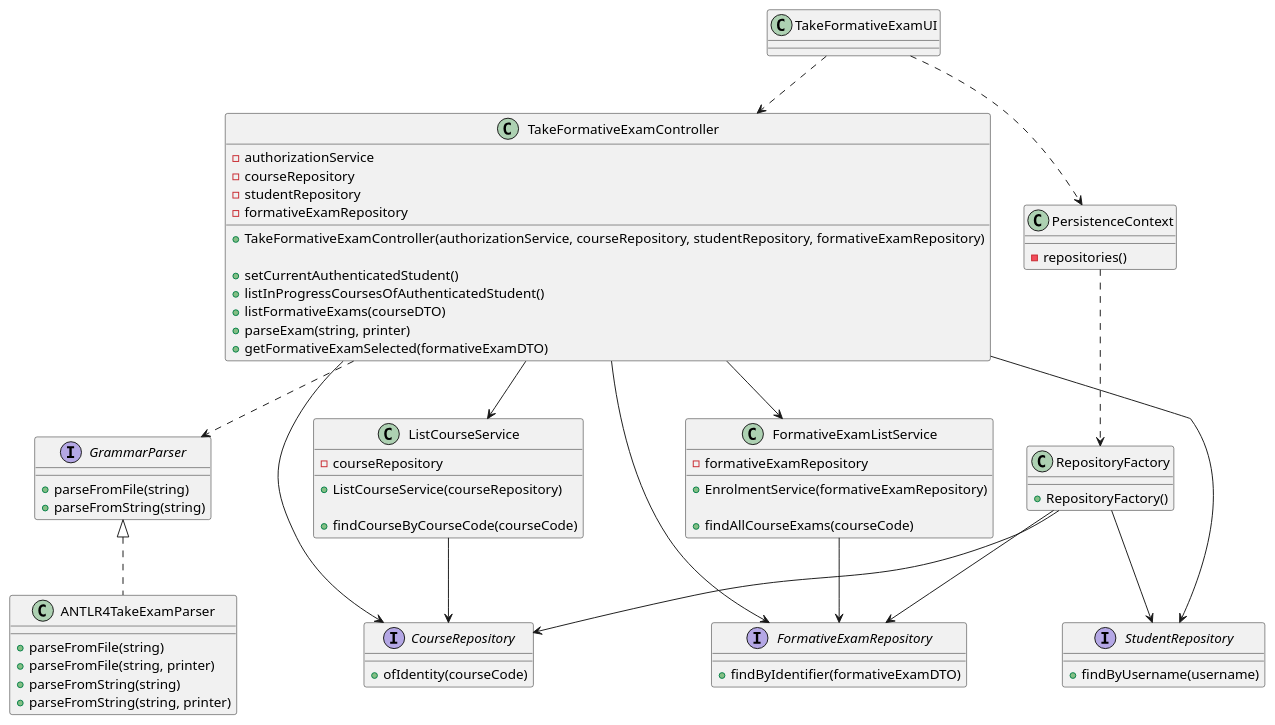
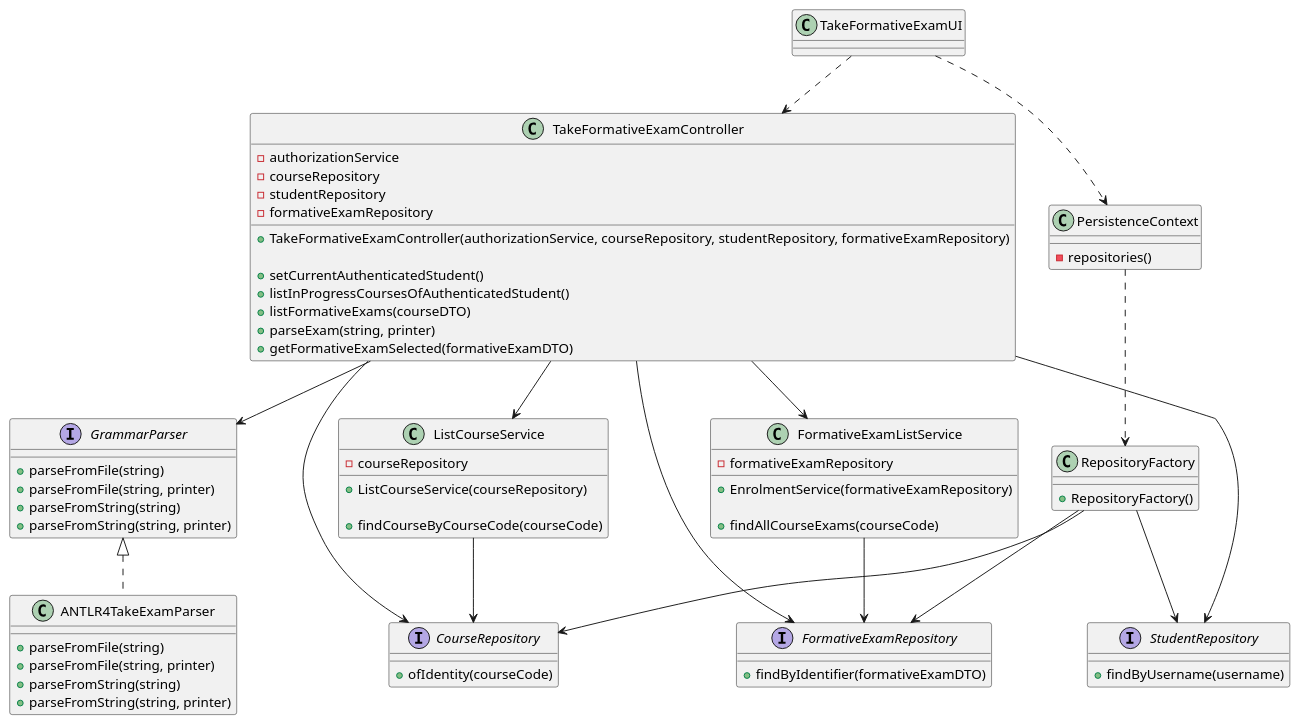
The diagram in docs/sprint-c/us39-2009/US2009_CD.puml (miseEnPlace-dev/lapr4), drawn with PlantUML before and after one commit. The commit also changed 4 other files, not shown here.

Commit message:
fix: fixed implementation of adapter pattern formative exam ctrl

```diff
--- a/docs/sprint-c/us39-2009/US2009_CD.puml
+++ b/docs/sprint-c/us39-2009/US2009_CD.puml
@@ -1,91 +1,93 @@
 @startuml US2009_CD
 
 class TakeFormativeExamUI {}
 
 class TakeFormativeExamController {
 - authorizationService
 - courseRepository
 - studentRepository
 - formativeExamRepository
 
 + TakeFormativeExamController(authorizationService, courseRepository, studentRepository, formativeExamRepository)
 
 + setCurrentAuthenticatedStudent()
 + listInProgressCoursesOfAuthenticatedStudent()
 + listFormativeExams(courseDTO)
 + parseExam(string, printer)
 + getFormativeExamSelected(formativeExamDTO)
 }
 
 interface GrammarParser {
   + parseFromFile(string)
+  + parseFromFile(string, printer)
   + parseFromString(string)
+  + parseFromString(string, printer)
 }
 
 class ANTLR4TakeExamParser {
 
   + parseFromFile(string)
   + parseFromFile(string, printer)
   + parseFromString(string)
   + parseFromString(string, printer)
 }
 
 class ListCourseService {
 - courseRepository
 
 + ListCourseService(courseRepository)
 
 + findCourseByCourseCode(courseCode)
 }
 
 class FormativeExamListService {
 - formativeExamRepository
 
 + EnrolmentService(formativeExamRepository)
 
 + findAllCourseExams(courseCode)
 }
 
 interface FormativeExamRepository {
   + findByIdentifier(formativeExamDTO)
 }
 
 interface CourseRepository {
   + ofIdentity(courseCode)
 }
 
 interface StudentRepository {
   + findByUsername(username)
 }
 
 class RepositoryFactory {
   + RepositoryFactory()
 }
 
 class PersistenceContext {
   - repositories()
 }
 
 TakeFormativeExamUI ..> TakeFormativeExamController
 TakeFormativeExamUI ..> PersistenceContext
 PersistenceContext ..> RepositoryFactory
 
 RepositoryFactory --> CourseRepository
 RepositoryFactory --> FormativeExamRepository
 RepositoryFactory --> StudentRepository
 
-TakeFormativeExamController ..> GrammarParser
+TakeFormativeExamController --> GrammarParser
 TakeFormativeExamController --> ListCourseService
 TakeFormativeExamController --> FormativeExamListService
 TakeFormativeExamController --> FormativeExamRepository
 TakeFormativeExamController --> CourseRepository
 TakeFormativeExamController --> StudentRepository
 
 GrammarParser <|.. ANTLR4TakeExamParser
 
 ListCourseService --> CourseRepository
 
 FormativeExamListService --> FormativeExamRepository
 
 
 @enduml
```
